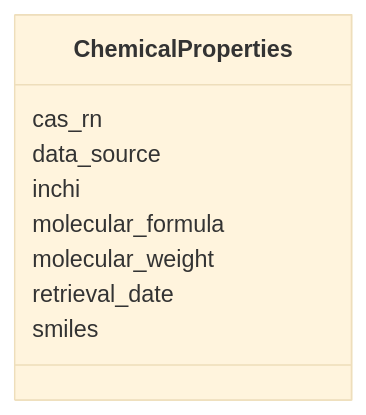
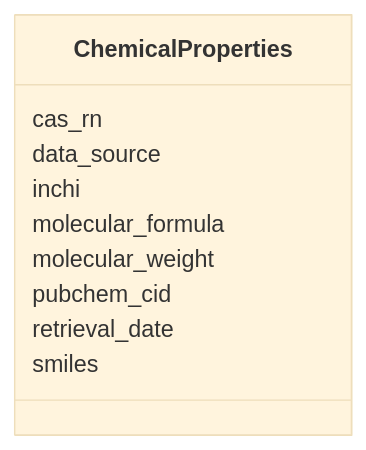
One commit to CultureBotAI/MediaIngredientMech changed the diagram in docs/ChemicalProperties.md. Above: the diagram before and after it, drawn with Mermaid (base theme). The commit also changed other lines of this file and 112 other files, not shown here.

````diff
--- a/docs/ChemicalProperties.md
+++ b/docs/ChemicalProperties.md
@@ -18,20 +18,22 @@
 ```mermaid
  classDiagram
     class ChemicalProperties
     click ChemicalProperties href "../ChemicalProperties/"
       ChemicalProperties : cas_rn
         
       ChemicalProperties : data_source
         
       ChemicalProperties : inchi
         
       ChemicalProperties : molecular_formula
         
       ChemicalProperties : molecular_weight
         
+      ChemicalProperties : pubchem_cid
+        
       ChemicalProperties : retrieval_date
         
       ChemicalProperties : smiles
         
       
 ```
````
